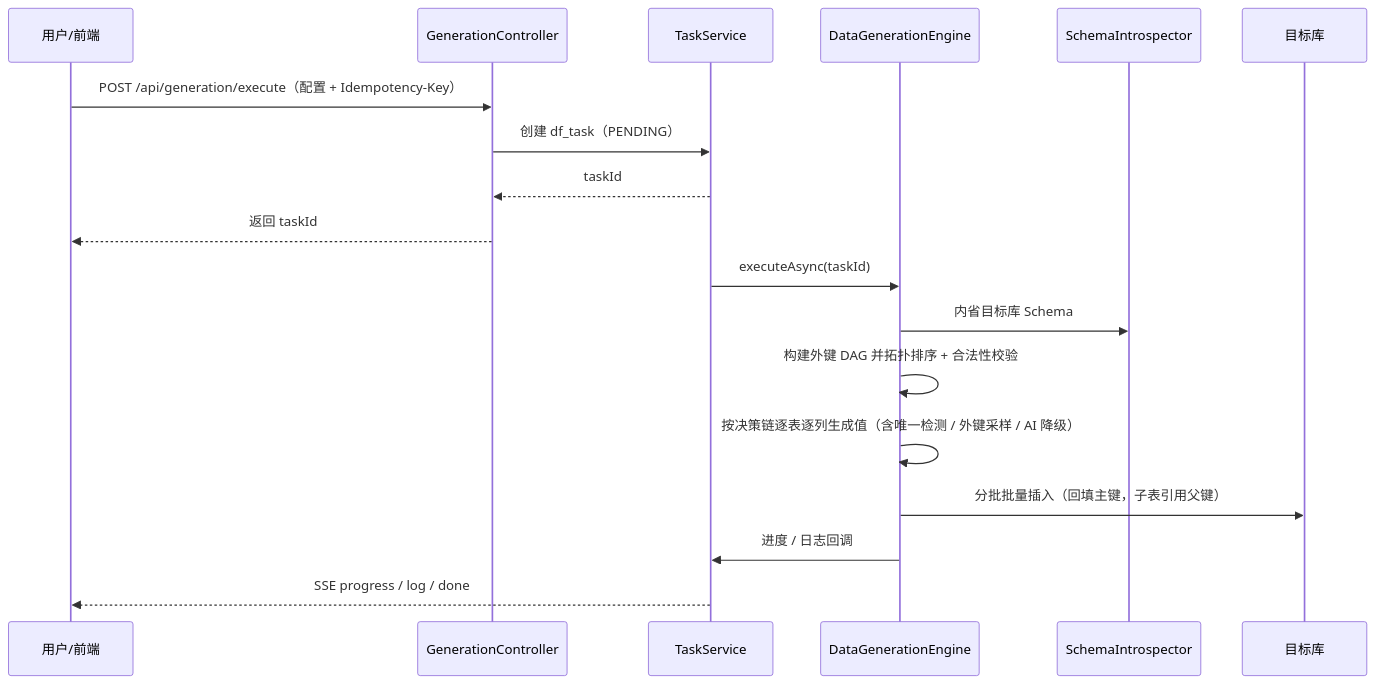
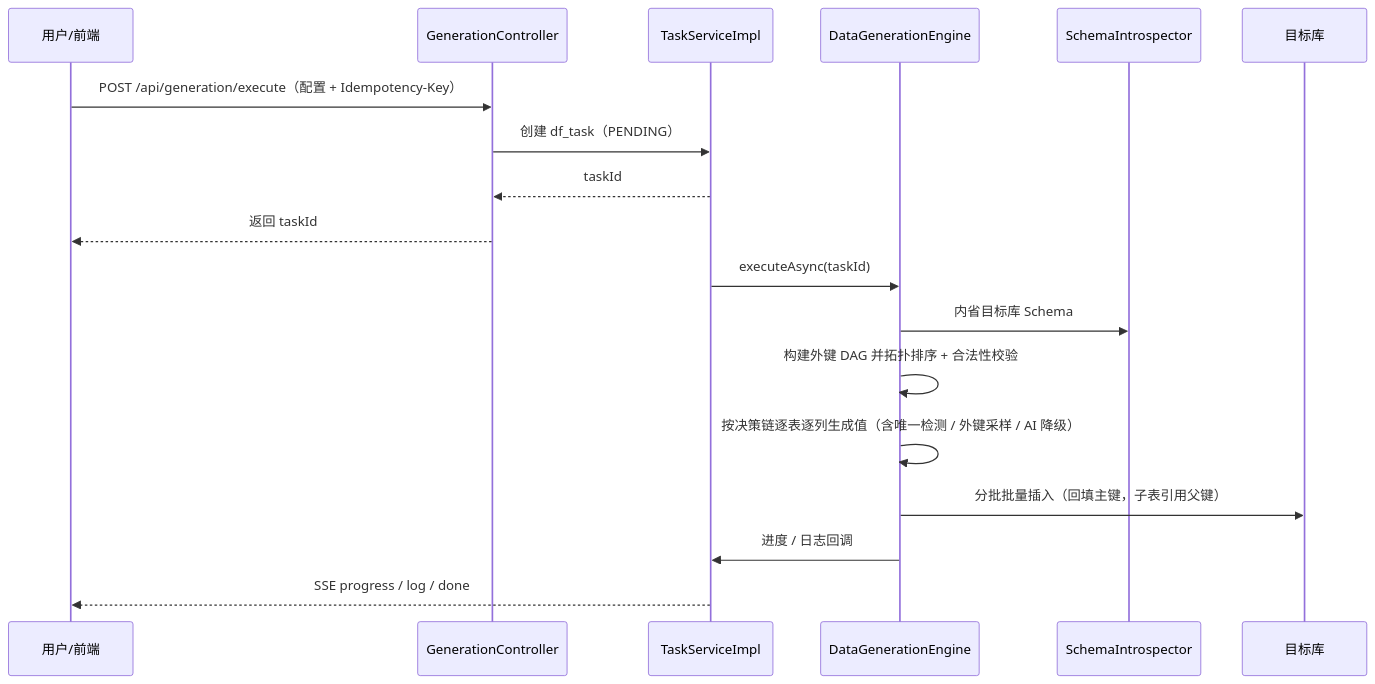
The second of 3 diagrams in docs/architecture.md (K1Super/Relivus), drawn with Mermaid before and after one commit. The commit also changed other lines of this file and 42 other files, not shown here.

````diff
--- a/docs/architecture.md
+++ b/docs/architecture.md
@@ -163,21 +163,21 @@
 ```mermaid
 sequenceDiagram
     participant U as 用户/前端
     participant C as GenerationController
-    participant S as TaskService
+    participant S as TaskServiceImpl
     participant E as DataGenerationEngine
     participant I as SchemaIntrospector
     participant T as 目标库
 
     U->>C: POST /api/generation/execute（配置 + Idempotency-Key）
     C->>S: 创建 df_task（PENDING）
     S-->>C: taskId
     C-->>U: 返回 taskId
     S->>E: executeAsync(taskId)
     E->>I: 内省目标库 Schema
     E->>E: 构建外键 DAG 并拓扑排序 + 合法性校验
     E->>E: 按决策链逐表逐列生成值（含唯一检测 / 外键采样 / AI 降级）
     E->>T: 分批批量插入（回填主键，子表引用父键）
     E->>S: 进度 / 日志回调
     S-->>U: SSE progress / log / done
 ```
````
